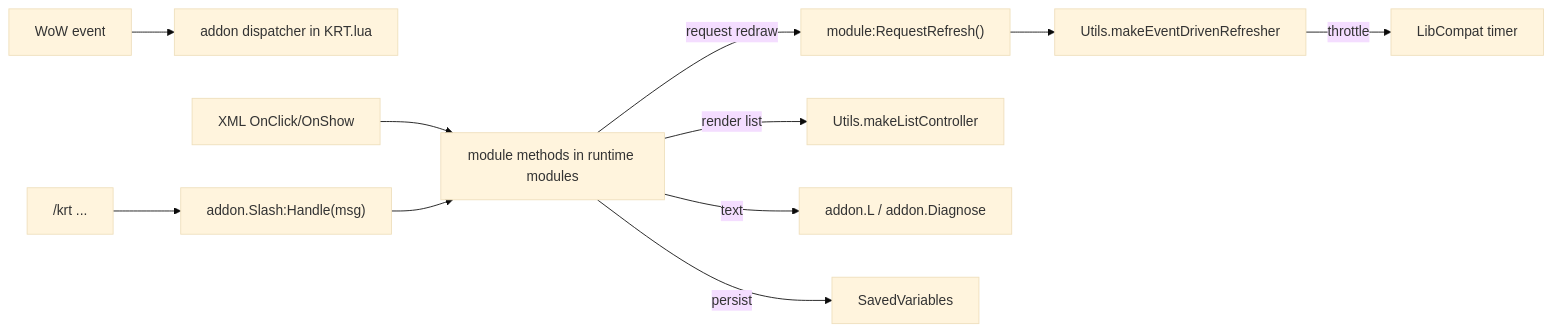
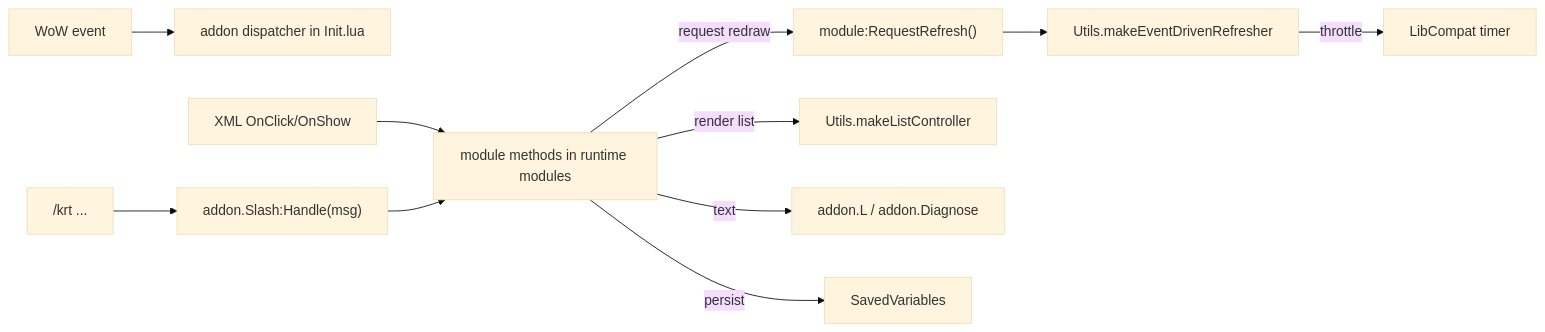
One commit to sk1zzovsmx/KRT-improved changed the second of 2 diagrams in OVERVIEW.md. Above: the diagram before and after it, drawn with Mermaid (base theme). The commit also changed other lines of this file and 21 other files, not shown here.

````diff
--- a/OVERVIEW.md
+++ b/OVERVIEW.md
@@ -140,14 +140,14 @@
 ```mermaid
 flowchart LR
-  W["WoW event"] --> EVT["addon dispatcher in KRT.lua"]
+  W["WoW event"] --> EVT["addon dispatcher in Init.lua"]
   UI["XML OnClick/OnShow"] --> M["module methods in runtime modules"]
   SL["/krt ..."] --> SC["addon.Slash:Handle(msg)"] --> M
 
   M -->|request redraw| R["module:RequestRefresh()"]
   R --> U["Utils.makeEventDrivenRefresher"]
   U -->|throttle| T["LibCompat timer"]
 
   M -->|render list| LC["Utils.makeListController"]
   M -->|text| L["addon.L / addon.Diagnose"]
   M -->|persist| SV["SavedVariables"]
 ```
````
